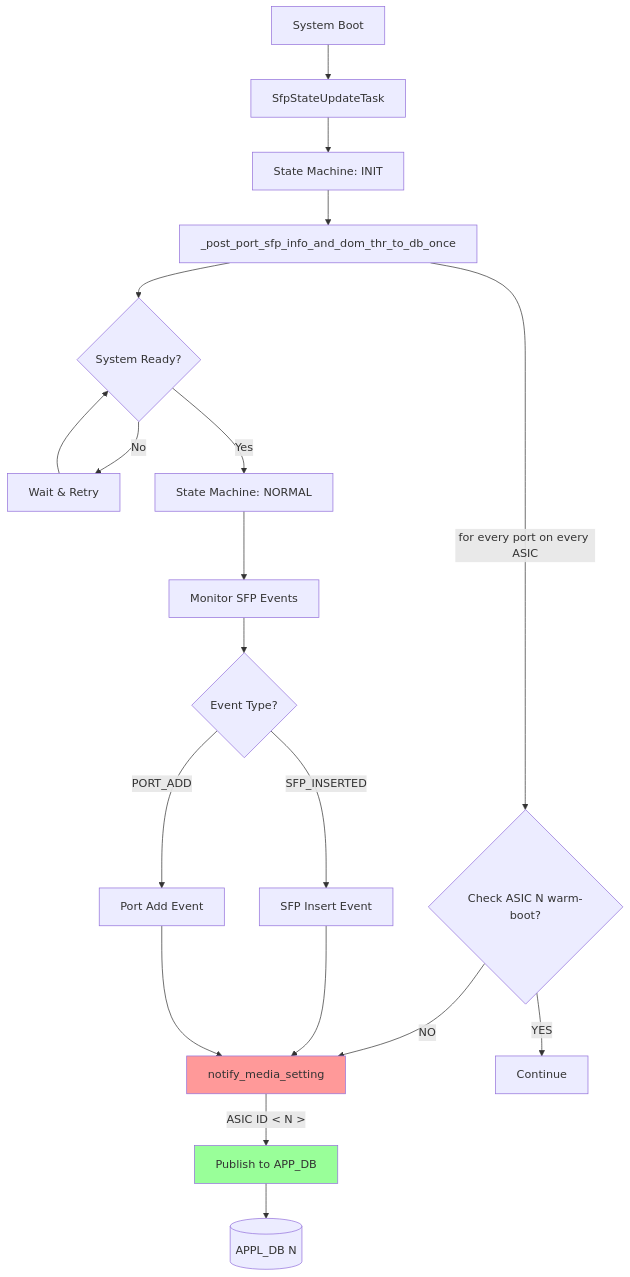
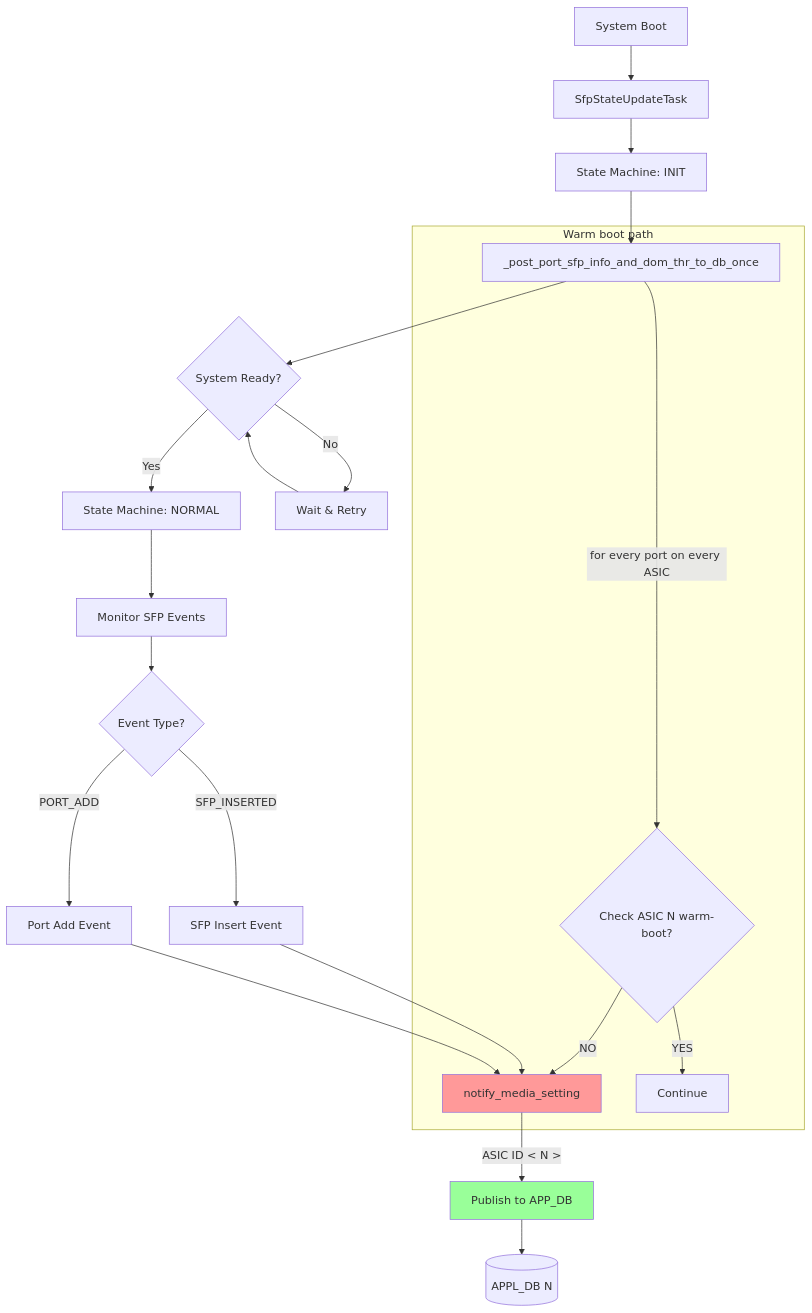
Before and after one commit to sonic-net/SONiC: the fourth of 5 diagrams in doc/warm-reboot/Multi_ASIC_warm_reboot.md, drawn with Mermaid. The commit also changed other lines of this file, not shown here.

First line of the commit message:
Enhance state diagram with warm boot path check

````diff
--- a/doc/warm-reboot/Multi_ASIC_warm_reboot.md
+++ b/doc/warm-reboot/Multi_ASIC_warm_reboot.md
@@ -638,33 +643,35 @@
 ```mermaid
 flowchart TD
     A[System Boot] --> B[SfpStateUpdateTask]
     B --> C[State Machine: INIT]
 
     C --> A0[_post_port_sfp_info_and_dom_thr_to_db_once]
 
+    subgraph Warm boot path
     A0 -->|for every port on every ASIC| XXX@{ shape: diamond, label: "Check ASIC N warm-boot?"}
 
     XXX -->|NO|X
     XXX -->|YES|Continue
+    end
     
     A0 --> D{System Ready?}
     D -->|No| E[Wait & Retry]
     E --> D
     D -->|Yes| F[State Machine: NORMAL]
     
     F --> G[Monitor SFP Events]
     G --> H{Event Type?}
     
     H -->|SFP_INSERTED| I[SFP Insert Event]
     H -->|PORT_ADD| L[Port Add Event]
   
     I --> X[notify_media_setting]
     
     X -->|ASIC ID < N >| CC[Publish to APP_DB]
      CC --> DB@{ shape: cyl, label: "APPL_DB N" }
 
     L --> X[notify_media_setting]
     
     style X fill:#ff9999
     style CC fill:#99ff99
 ```
````
